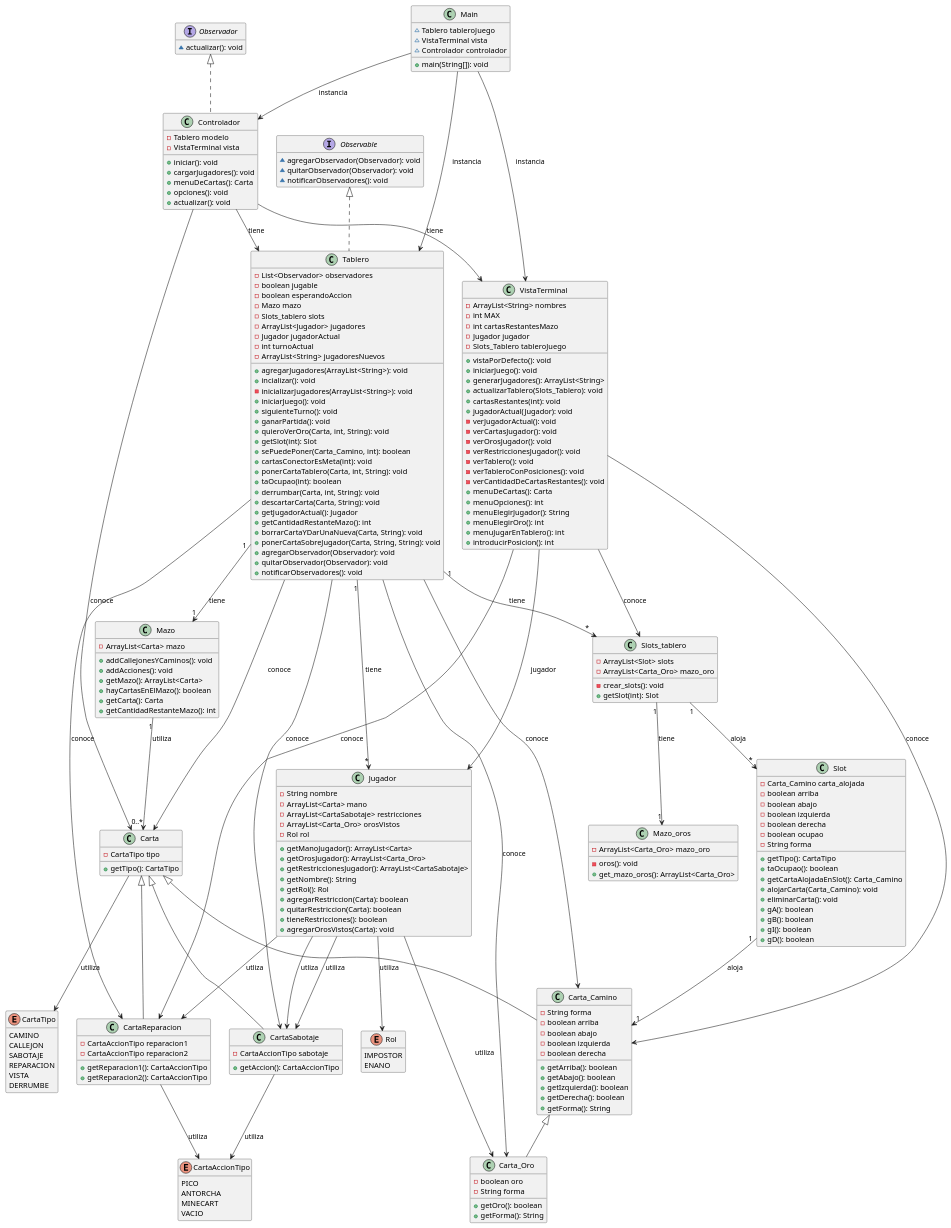
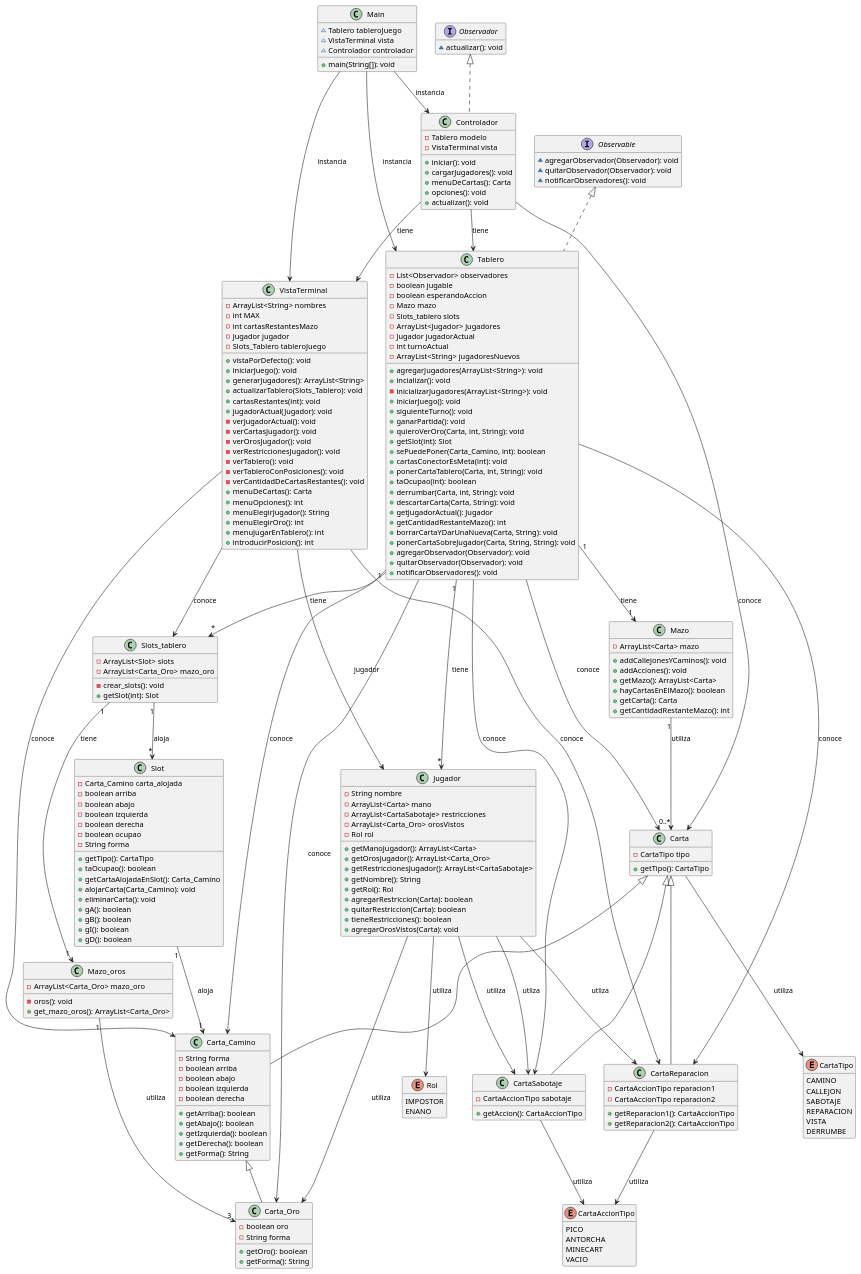
The diagram in UML/plantuml_output.puml (Juanchumu/saboteadores), drawn with PlantUML before and after one commit. The commit also changed 1 other file, not shown here.

Commit message:
uml check

```diff
--- a/UML/plantuml_output.puml
+++ b/UML/plantuml_output.puml
@@ -227,6 +227,7 @@
 VistaTerminal --> Carta_Camino : conoce
 VistaTerminal --> CartaReparacion : conoce
 Mazo "1" --> "0..*"  Carta : utiliza
+Mazo_oros "1" --> "3"  Carta_Oro : utiliza
 Carta --> CartaTipo : utiliza
 CartaReparacion --> CartaAccionTipo : utiliza
 CartaSabotaje --> CartaAccionTipo : utiliza
```
